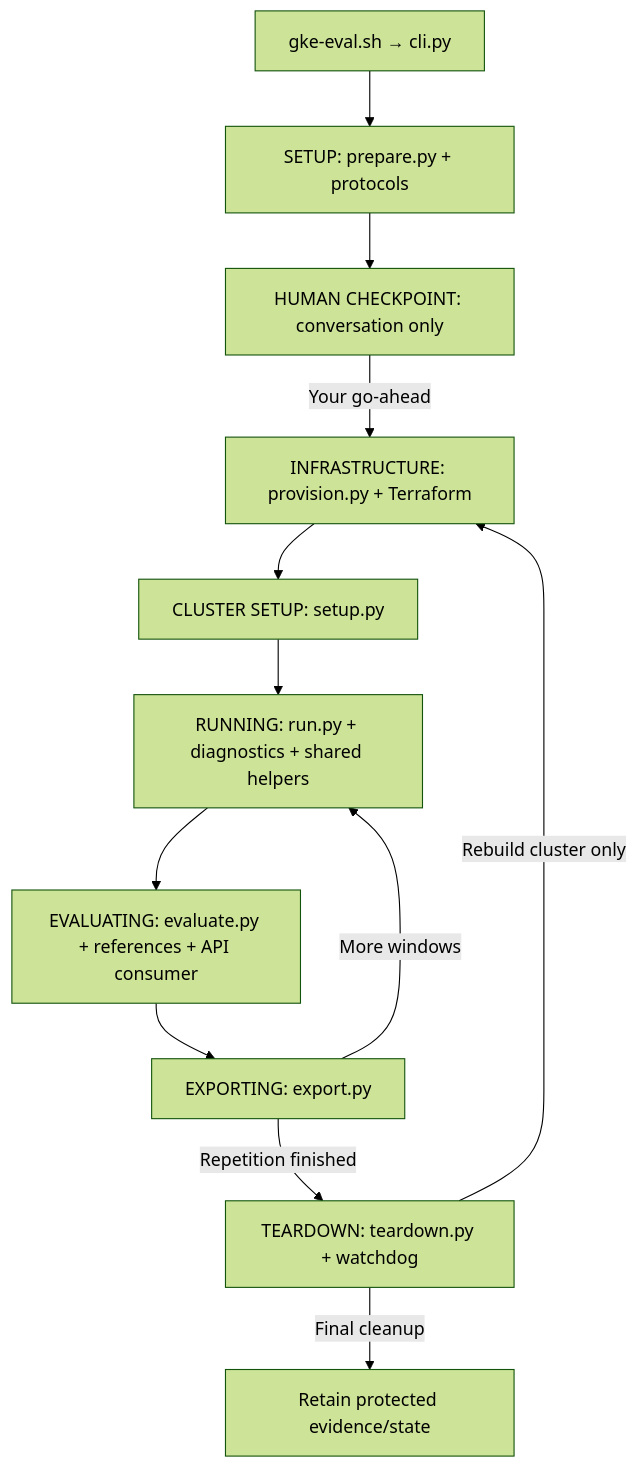
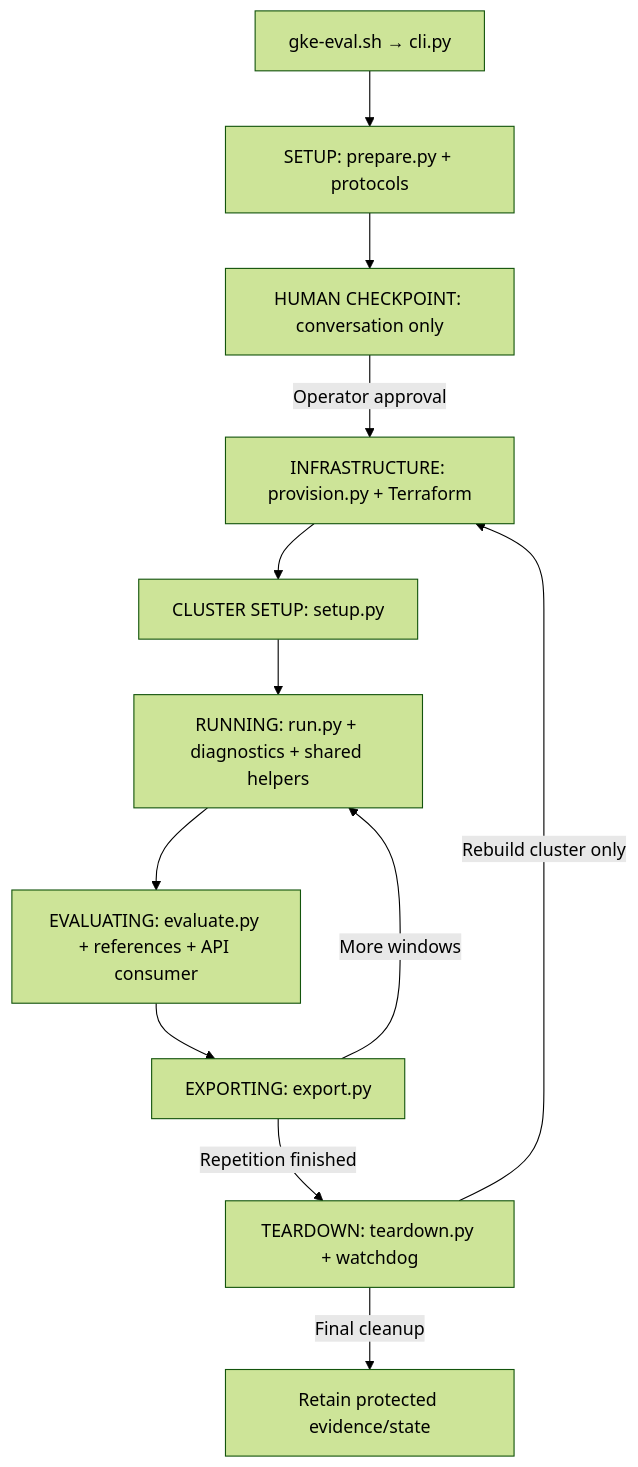
One commit to erickivel/karthos-tcc-evaluation changed the fourth of 4 diagrams in docs/gke-qualification-v1.md. Above: the diagram before and after it, drawn with Mermaid (forest theme). The commit also changed other lines of this file and 49 other files, not shown here.

````diff
--- a/docs/gke-qualification-v1.md
+++ b/docs/gke-qualification-v1.md
@@ -287,14 +287,14 @@
 ```mermaid
 flowchart TD
     CLI["gke-eval.sh → cli.py"] --> P["SETUP: prepare.py + protocols"]
     P --> H["HUMAN CHECKPOINT: conversation only"]
-    H -->|"Your go-ahead"| I["INFRASTRUCTURE: provision.py + Terraform"]
+    H -->|"Operator approval"| I["INFRASTRUCTURE: provision.py + Terraform"]
     I --> S["CLUSTER SETUP: setup.py"]
     S --> R["RUNNING: run.py + diagnostics + shared helpers"]
     R --> E["EVALUATING: evaluate.py + references + API consumer"]
     E --> X["EXPORTING: export.py"]
     X -->|"More windows"| R
     X -->|"Repetition finished"| T["TEARDOWN: teardown.py + watchdog"]
     T -->|"Rebuild cluster only"| I
     T -->|"Final cleanup"| Retain["Retain protected evidence/state"]
 ```
````
